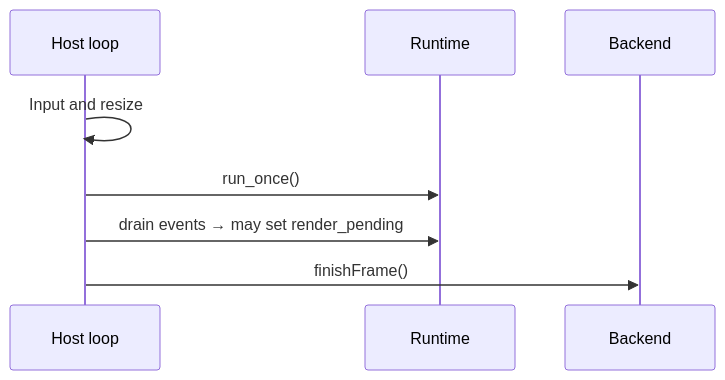
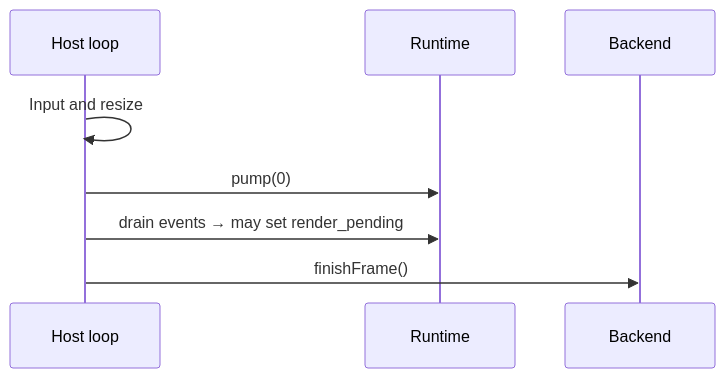
Before and after one commit to maplibre/maplibre-native-ffi: the second of 3 diagrams in docs/src/content/docs/development/map-example-specification.md, drawn with Mermaid. The commit also changed other lines of this file and 75 other files, not shown here.

````diff
--- a/docs/src/content/docs/development/map-example-specification.md
+++ b/docs/src/content/docs/development/map-example-specification.md
@@ -240,11 +240,11 @@
 ```mermaid
 sequenceDiagram
   participant EL as Host loop
   participant RT as Runtime
   participant BE as Backend
 
   EL->>EL: Input and resize
-  EL->>RT: run_once()
+  EL->>RT: pump(0)
   EL->>RT: drain events → may set render_pending
   EL->>BE: finishFrame()
 ```
````
